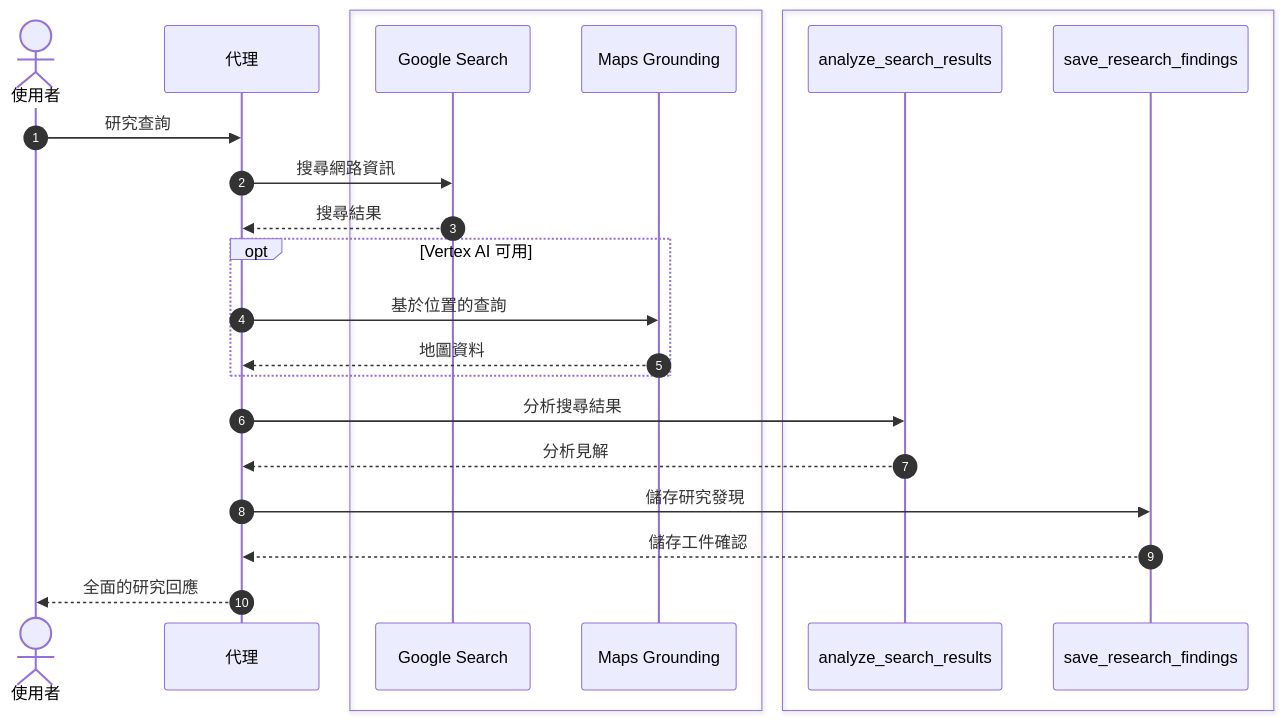
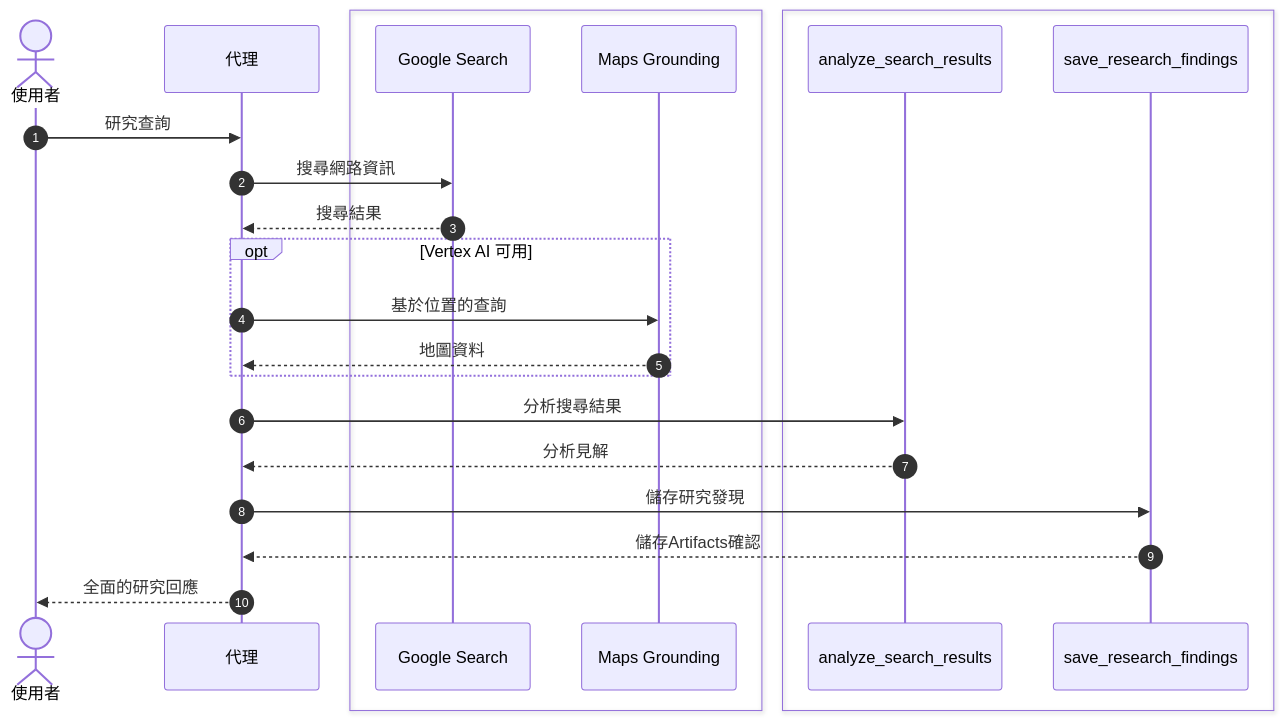
The fourth of 4 diagrams in workspace/python/agents/grounding-agent/README.md (lastingyeh/google-adk-study), drawn with Mermaid before and after one commit. The commit also changed other lines of this file and 9 other files, not shown here.

````diff
--- a/workspace/python/agents/grounding-agent/README.md
+++ b/workspace/python/agents/grounding-agent/README.md
@@ -388,32 +388,32 @@
 ```mermaid
 sequenceDiagram
     autonumber
     actor U as 使用者
     participant A as 代理
 
     box #e8f5e8 內建工具（自動）
         participant S as Google Search
         participant M as Maps Grounding
     end
 
     box #fce4ec 自訂工具（手動實作）
         participant T1 as analyze_search_results
         participant T2 as save_research_findings
     end
 
     U->>A: 研究查詢
     A->>S: 搜尋網路資訊
     S-->>A: 搜尋結果
 
     opt Vertex AI 可用
         A->>M: 基於位置的查詢
         M-->>A: 地圖資料
     end
 
     A->>T1: 分析搜尋結果
     T1-->>A: 分析見解
     A->>T2: 儲存研究發現
-    T2-->>A: 儲存工件確認
+    T2-->>A: 儲存Artifacts確認
     A-->>U: 全面的研究回應
 
 ```
````
